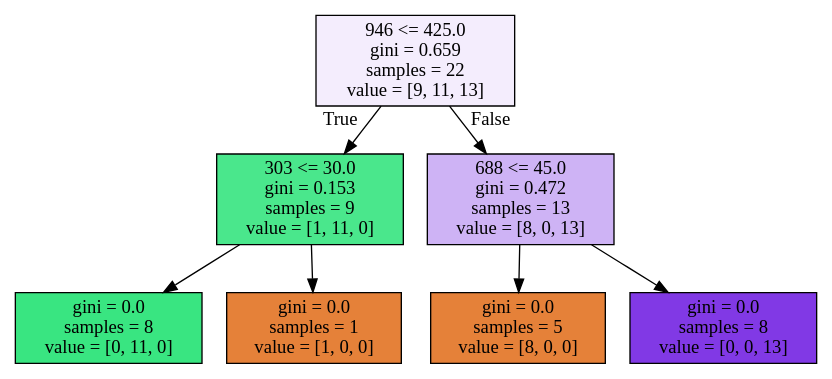
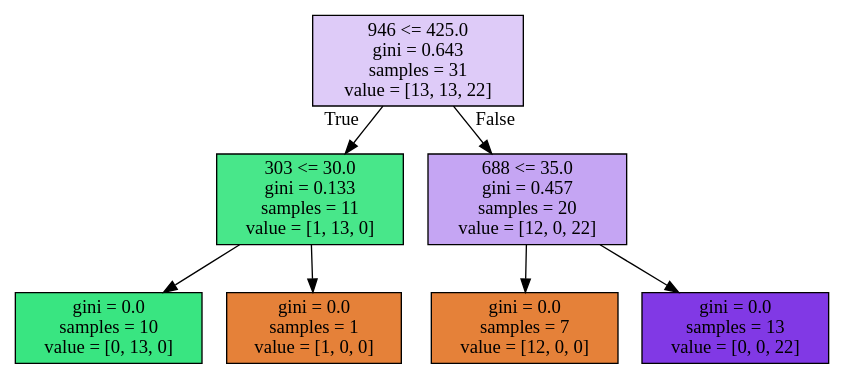
One commit to swkang73/ecig changed the diagram in analysis/ec2/1_outputs/rf_trees/tree_1.dot. Above: the diagram before and after it, drawn with Graphviz. The commit also changed 225 other files, not shown here.

```diff
--- a/analysis/ec2/1_outputs/rf_trees/tree_1.dot
+++ b/analysis/ec2/1_outputs/rf_trees/tree_1.dot
@@ -1,16 +1,16 @@
 digraph Tree {
 node [shape=box, style="filled", color="black"] ;
-0 [label="946 <= 425.0\ngini = 0.659\nsamples = 22\nvalue = [9, 11, 13]", fillcolor="#8139e517"] ;
-1 [label="303 <= 30.0\ngini = 0.153\nsamples = 9\nvalue = [1, 11, 0]", fillcolor="#39e581e8"] ;
+0 [label="946 <= 425.0\ngini = 0.643\nsamples = 31\nvalue = [13, 13, 22]", fillcolor="#8139e542"] ;
+1 [label="303 <= 30.0\ngini = 0.133\nsamples = 11\nvalue = [1, 13, 0]", fillcolor="#39e581eb"] ;
 0 -> 1 [labeldistance=2.5, labelangle=45, headlabel="True"] ;
-2 [label="gini = 0.0\nsamples = 8\nvalue = [0, 11, 0]", fillcolor="#39e581ff"] ;
+2 [label="gini = 0.0\nsamples = 10\nvalue = [0, 13, 0]", fillcolor="#39e581ff"] ;
 1 -> 2 ;
 3 [label="gini = 0.0\nsamples = 1\nvalue = [1, 0, 0]", fillcolor="#e58139ff"] ;
 1 -> 3 ;
-4 [label="688 <= 45.0\ngini = 0.472\nsamples = 13\nvalue = [8, 0, 13]", fillcolor="#8139e562"] ;
+4 [label="688 <= 35.0\ngini = 0.457\nsamples = 20\nvalue = [12, 0, 22]", fillcolor="#8139e574"] ;
 0 -> 4 [labeldistance=2.5, labelangle=-45, headlabel="False"] ;
-5 [label="gini = 0.0\nsamples = 5\nvalue = [8, 0, 0]", fillcolor="#e58139ff"] ;
+5 [label="gini = 0.0\nsamples = 7\nvalue = [12, 0, 0]", fillcolor="#e58139ff"] ;
 4 -> 5 ;
-6 [label="gini = 0.0\nsamples = 8\nvalue = [0, 0, 13]", fillcolor="#8139e5ff"] ;
+6 [label="gini = 0.0\nsamples = 13\nvalue = [0, 0, 22]", fillcolor="#8139e5ff"] ;
 4 -> 6 ;
 }
```
